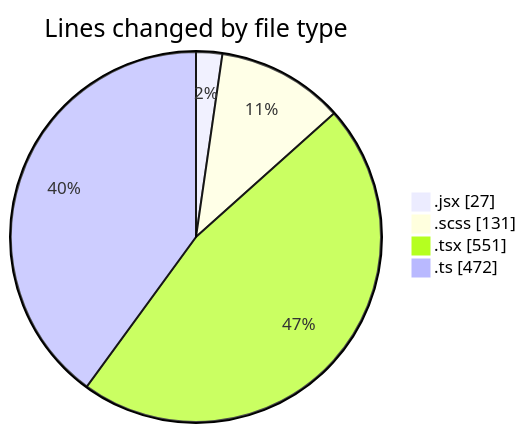
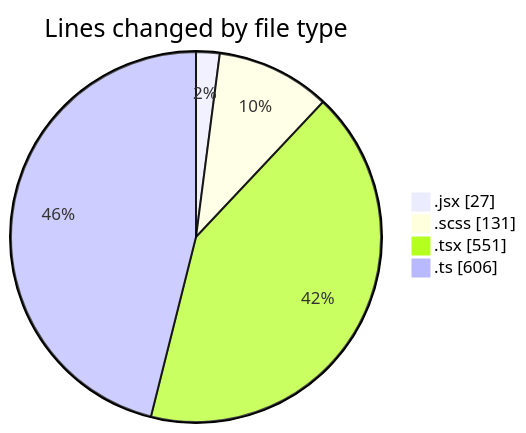
One commit to momahboobian/code-tracking changed the first of 2 diagrams in 2026-03-16/cda/README.md. Above: the diagram before and after it, drawn with Mermaid. The commit also changed other lines of this file and 1 other file, not shown here.

````diff
--- a/2026-03-16/cda/README.md
+++ b/2026-03-16/cda/README.md
@@ -27,8 +28,8 @@
 ```mermaid
 pie showData
 title Lines changed by file type
 ".jsx" : 27
 ".scss" : 131
 ".tsx" : 551
-".ts" : 472
+".ts" : 606
 ```
````
